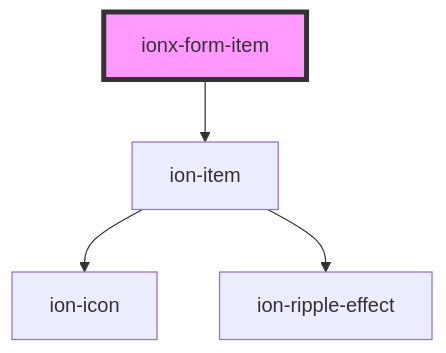
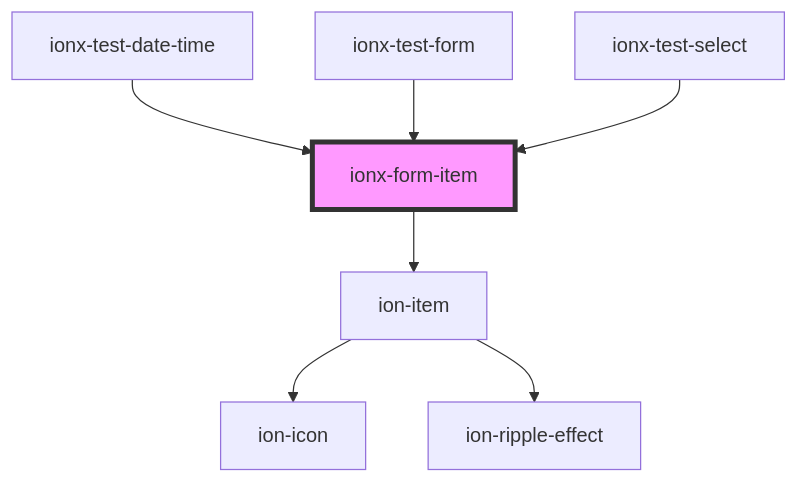
Before and after one commit to co-mmons/ionx: the diagram in src/components/forms/readme.md, drawn with Mermaid. The commit also changed other lines of this file and 18 other files, not shown here.

````diff
--- a/src/components/forms/readme.md
+++ b/src/components/forms/readme.md
@@ -24,7 +31,10 @@
 ```mermaid
 graph TD;
   ionx-form-item --> ion-item
   ion-item --> ion-icon
   ion-item --> ion-ripple-effect
+  ionx-test-date-time --> ionx-form-item
+  ionx-test-form --> ionx-form-item
+  ionx-test-select --> ionx-form-item
   style ionx-form-item fill:#f9f,stroke:#333,stroke-width:4px
 ```
````
